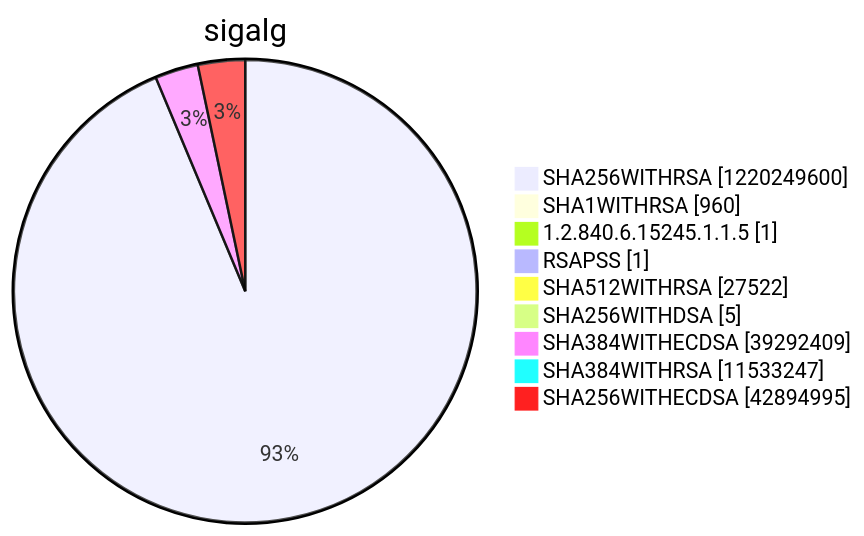
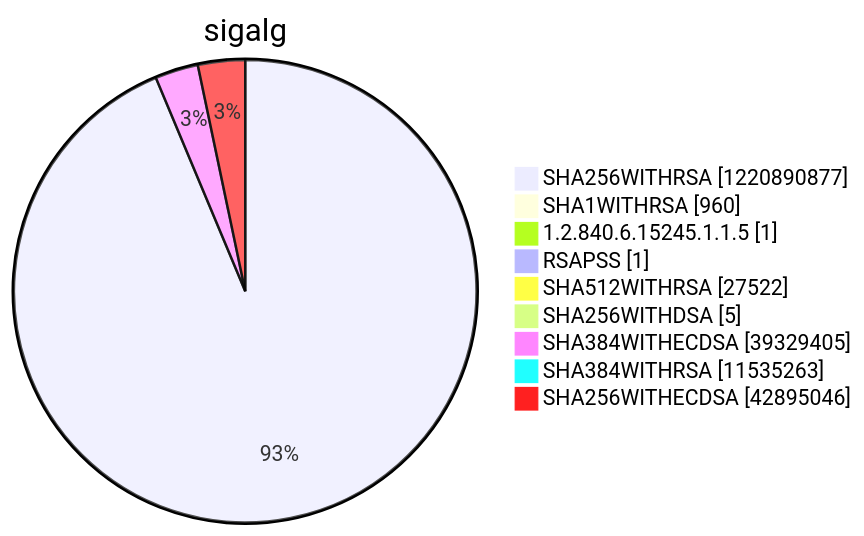
One commit to christiankrug/ctmonitor_visualization changed diagram 15 of 15 in argon2022/README.md. Above: the diagram before and after it, drawn with Mermaid. The commit also changed other lines of this file, not shown here.

````diff
--- a/argon2022/README.md
+++ b/argon2022/README.md
@@ -5521,13 +5521,13 @@
 ```mermaid
 pie showData
 title sigalg
-"SHA256WITHRSA" :1220249600
+"SHA256WITHRSA" :1220890877
 "SHA1WITHRSA" :960
 "1.2.840.6.15245.1.1.5" :1
 "RSAPSS" :1
 "SHA512WITHRSA" :27522
 "SHA256WITHDSA" :5
-"SHA384WITHECDSA" :39292409
-"SHA384WITHRSA" :11533247
-"SHA256WITHECDSA" :42894995
+"SHA384WITHECDSA" :39329405
+"SHA384WITHRSA" :11535263
+"SHA256WITHECDSA" :42895046
 ```
````
